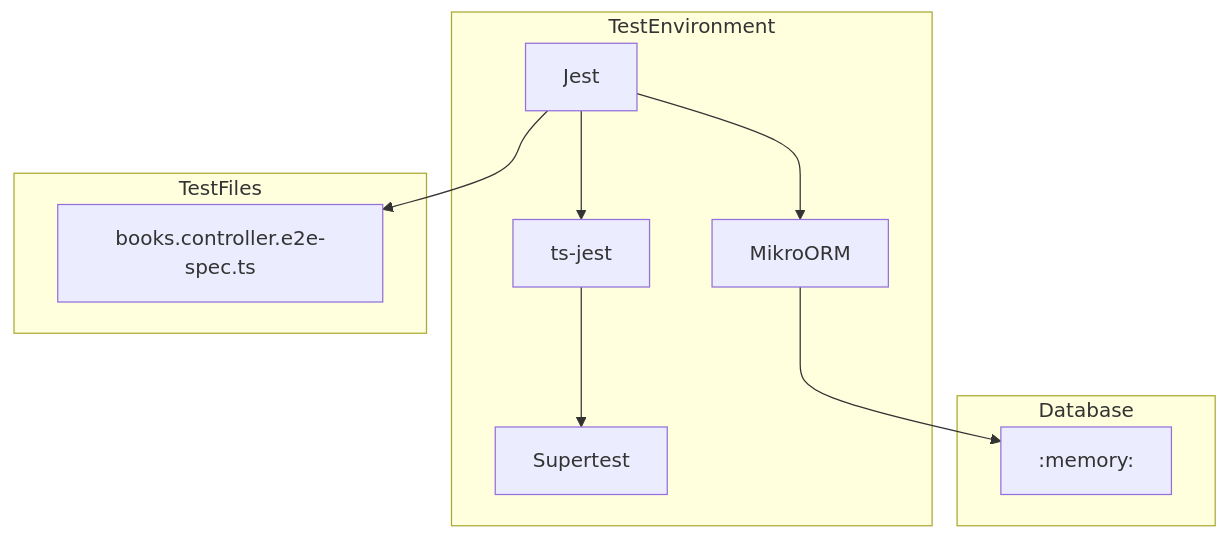
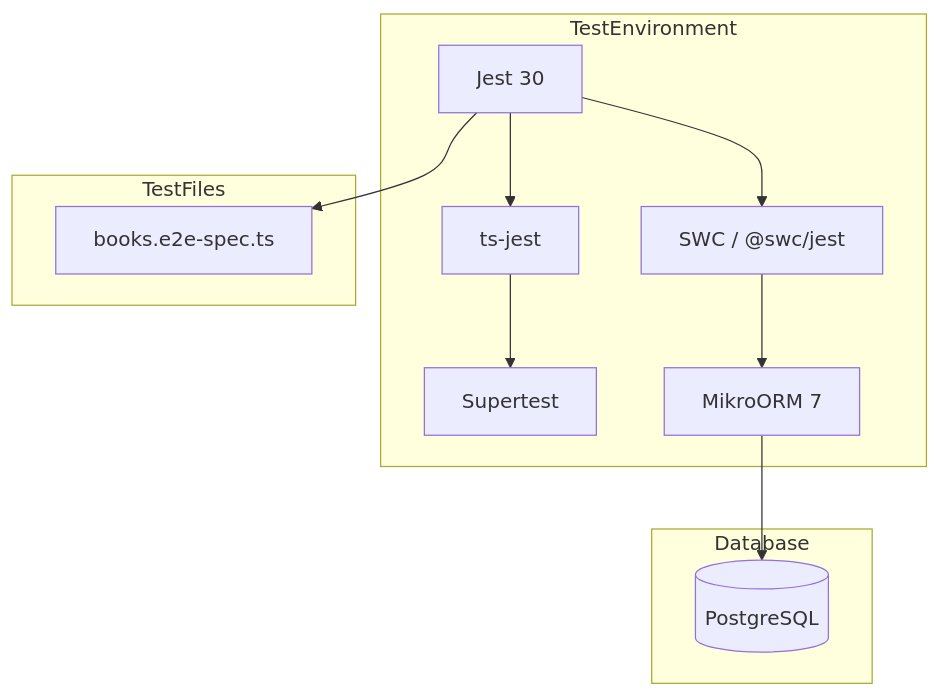
One commit to Agustin-Perezz/scaffold-nestjs changed the first of 2 diagrams in docs/07_TESTING.md. Above: the diagram before and after it, drawn with Mermaid. The commit also changed other lines of this file and 5 other files, not shown here.

Commit message:
Update docs and AGENTS.md for MikroORM 7, NestJS 11, Biome, and defineEntity pattern

````diff
--- a/docs/07_TESTING.md
+++ b/docs/07_TESTING.md
@@ -5,23 +5,25 @@
 ```mermaid
 graph TB
     subgraph TestEnvironment
-        JEST[Jest]
+        JEST[Jest 30]
         TSJEST[ts-jest]
+        SWC[SWC / @swc/jest]
         SUPER[Supertest]
-        MIKRO[MikroORM]
+        MIKRO[MikroORM 7]
     end
 
     subgraph Database
-        SQLITE[:memory:]
+        PG[(PostgreSQL)]
     end
 
     subgraph TestFiles
-        BOOKS[books.controller.e2e-spec.ts]
+        BOOKS[books.e2e-spec.ts]
     end
 
     JEST --> TSJEST
+    JEST --> SWC
     TSJEST --> SUPER
-    JEST --> MIKRO
-    MIKRO --> SQLITE
+    SWC --> MIKRO
+    MIKRO --> PG
     JEST --> BOOKS
 ```
````
